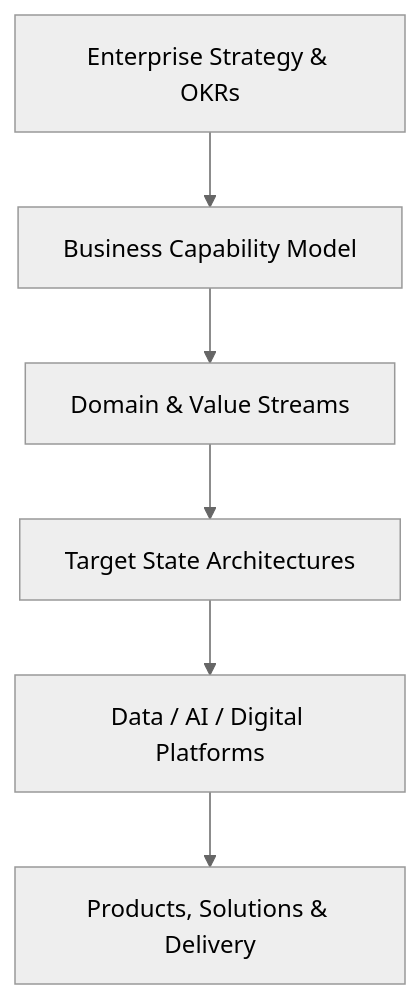
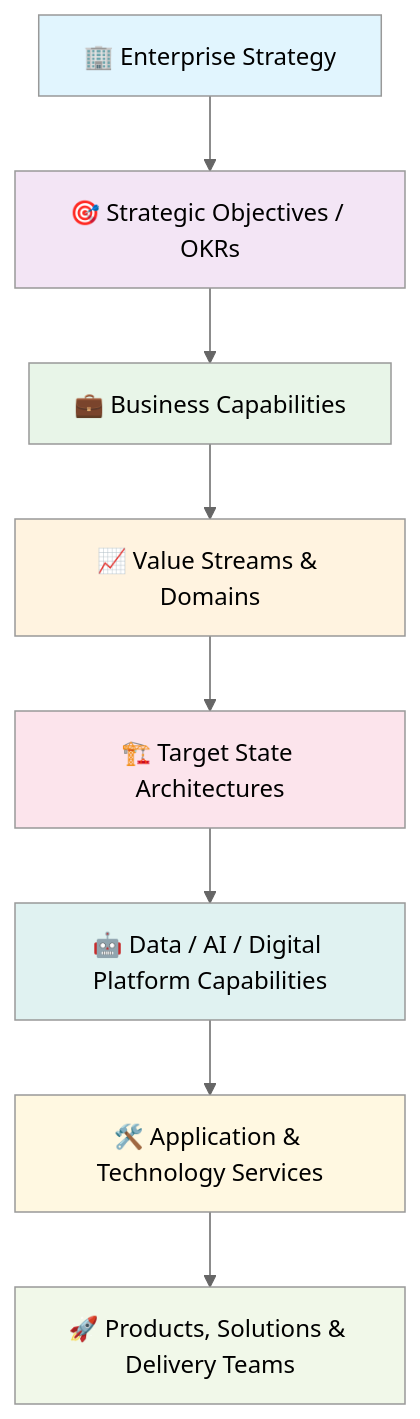
One commit to manuelbomi/Enterprise-Architecture-for-Business-Capabilities-Driving-Data-Analytics-AI-Digital-Transformation- changed the fourth of 5 diagrams in README.md. Above: the diagram before and after it, drawn with Mermaid (neutral theme). The commit also changed other lines of this file, not shown here.

````diff
--- a/README.md
+++ b/README.md
@@ -115,15 +199,28 @@
 ```mermaid
 flowchart TB
-    Strategy["Enterprise Strategy & OKRs"]
-    Capabilities["Business Capability Model"]
-    Domains["Domain & Value Streams"]
-    Architecture["Target State Architectures"]
-    Platforms["Data / AI / Digital Platforms"]
-    Execution["Products, Solutions & Delivery"]
-
-    Strategy --> Capabilities
-    Capabilities --> Domains
-    Domains --> Architecture
-    Architecture --> Platforms
-    Platforms --> Execution
+    A[🏢 Enterprise Strategy]
+    B[🎯 Strategic Objectives / OKRs]
+    C[💼 Business Capabilities]
+    D[📈 Value Streams & Domains]
+    E[🏗️ Target State Architectures]
+    F[🤖 Data / AI / Digital Platform Capabilities]
+    G[🛠️ Application & Technology Services]
+    H[🚀 Products, Solutions & Delivery Teams]
+    
+    A --> B
+    B --> C
+    C --> D
+    D --> E
+    E --> F
+    F --> G
+    G --> H
+    
+    style A fill:#e1f5fe
+    style B fill:#f3e5f5
+    style C fill:#e8f5e8
+    style D fill:#fff3e0
+    style E fill:#fce4ec
+    style F fill:#e0f2f1
+    style G fill:#fff8e1
+    style H fill:#f1f8e9
 ```
````
